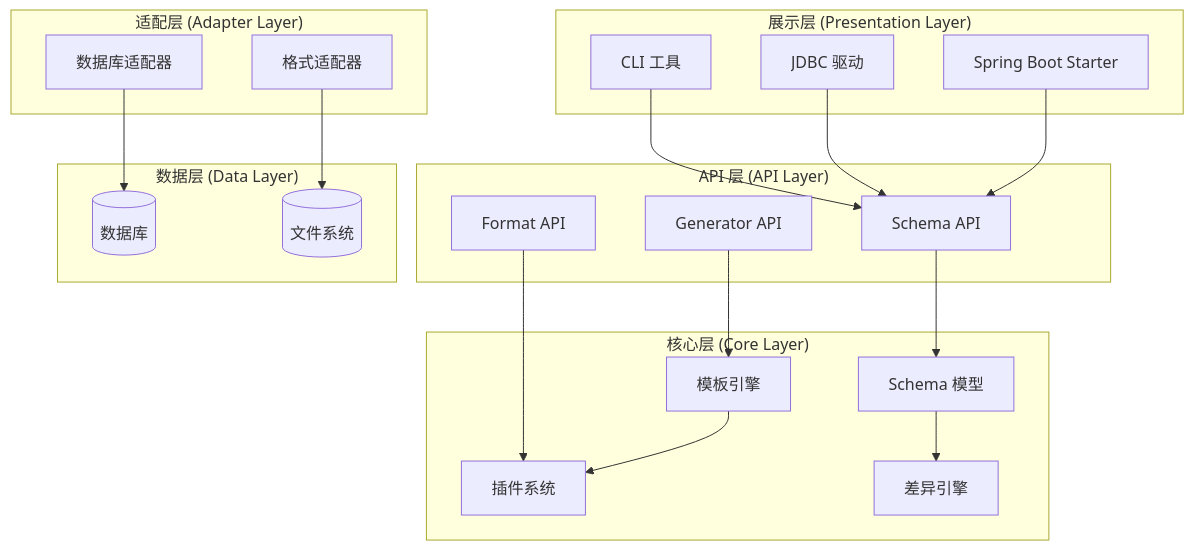
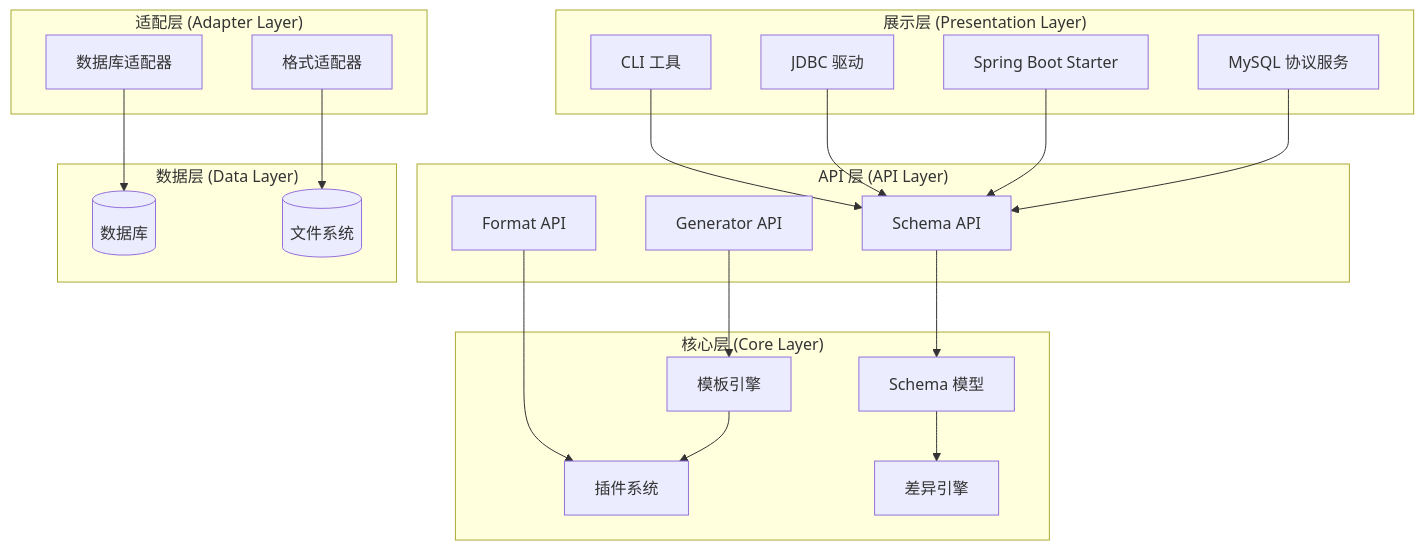
The first of 4 diagrams in docs/design/architecture/layers.md (windli2018/justdb-docs-internal), drawn with Mermaid before and after one commit. The commit also changed other lines of this file and 147 other files, not shown here.

````diff
--- a/docs/design/architecture/layers.md
+++ b/docs/design/architecture/layers.md
@@ -20,45 +20,47 @@
 ```mermaid
 graph TB
     subgraph "展示层 (Presentation Layer)"
         CLI[CLI 工具]
         JDBC[JDBC 驱动]
         Spring[Spring Boot Starter]
+        MySQL[MySQL 协议服务]
     end
 
     subgraph "API 层 (API Layer)"
         SchemaAPI[Schema API]
         FormatAPI[Format API]
         GeneratorAPI[Generator API]
     end
 
     subgraph "核心层 (Core Layer)"
         SchemaModel[Schema 模型]
         PluginSystem[插件系统]
         TemplateEngine[模板引擎]
         DiffEngine[差异引擎]
     end
 
     subgraph "适配层 (Adapter Layer)"
         DBAdapter[数据库适配器]
         FormatAdapter[格式适配器]
     end
 
     subgraph "数据层 (Data Layer)"
         Database[(数据库)]
         Files[(文件系统)]
     end
 
     CLI --> SchemaAPI
     JDBC --> SchemaAPI
     Spring --> SchemaAPI
+    MySQL --> SchemaAPI
 
     SchemaAPI --> SchemaModel
     FormatAPI --> PluginSystem
     GeneratorAPI --> TemplateEngine
 
     SchemaModel --> DiffEngine
     TemplateEngine --> PluginSystem
 
     DBAdapter --> Database
     FormatAdapter --> Files
 ```
````
